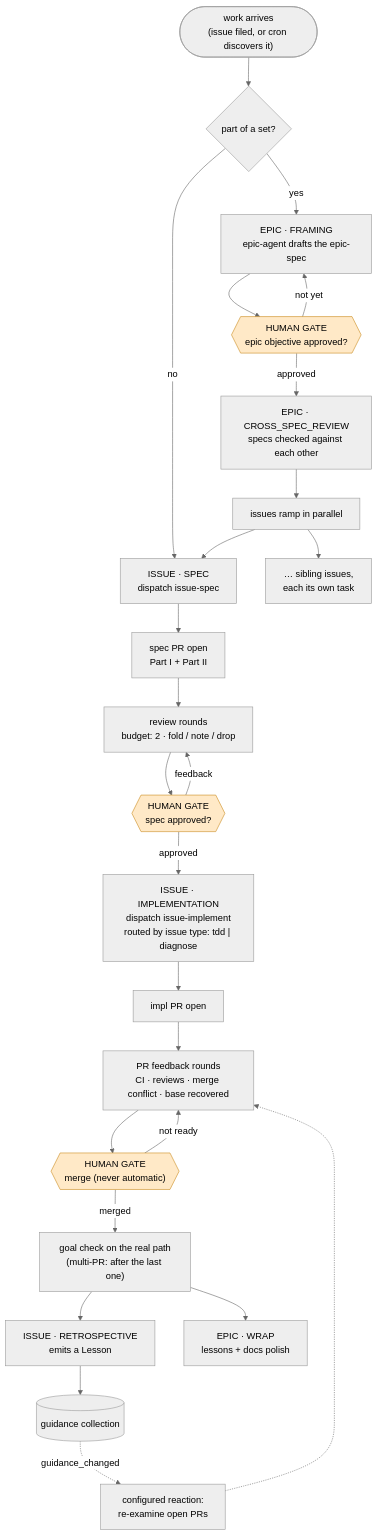
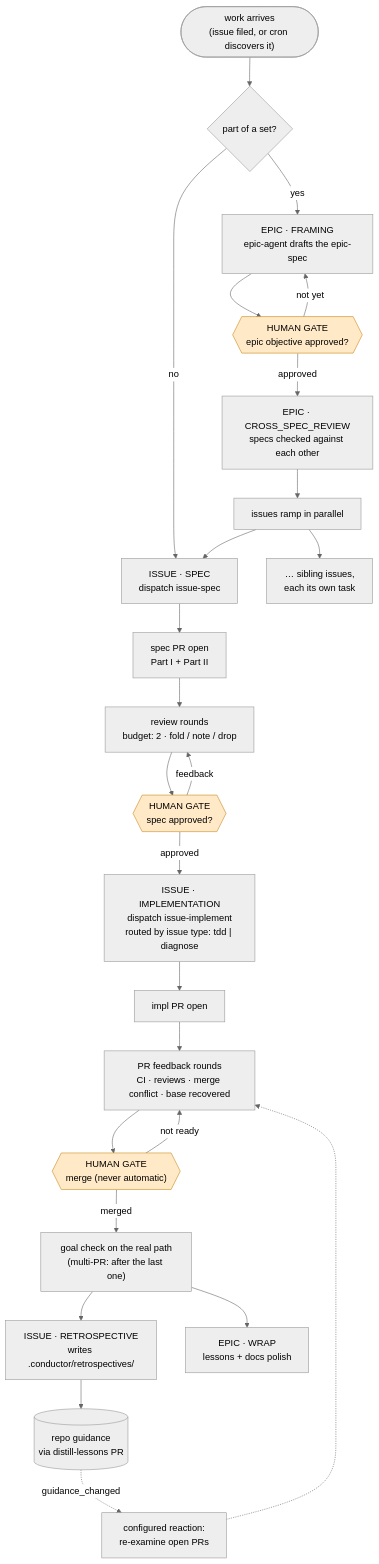
Before and after one commit to fixpoint-labs/flow-state-dev: the second of 3 diagrams in docs/internal/design/conductor.md, drawn with Mermaid (neutral theme). The commit also changed other lines of this file and 1 other file, not shown here.

First line of the commit message:
docs(internal): guidance belongs to the repo; dynamic and multi dispatchers

````diff
--- a/docs/internal/design/conductor.md
+++ b/docs/internal/design/conductor.md
@@ -530,31 +530,31 @@
 ```mermaid
 flowchart TD
   START(["work arrives<br/>(issue filed, or cron discovers it)"]) --> EPICQ{part of a set?}
   EPICQ -->|no| SPEC
   EPICQ -->|yes| FRAME["EPIC · FRAMING<br/>epic-agent drafts the epic-spec"]
   FRAME --> EGATE{{"HUMAN GATE<br/>epic objective approved?"}}
   EGATE -->|not yet| FRAME
   EGATE -->|approved| XSPEC["EPIC · CROSS_SPEC_REVIEW<br/>specs checked against each other"]
   XSPEC --> RAMP[issues ramp in parallel]
   RAMP --> SPEC
   RAMP --> SPEC2["… sibling issues,<br/>each its own task"]
 
   SPEC["ISSUE · SPEC<br/>dispatch issue-spec"] --> SPR["spec PR open<br/>Part I + Part II"]
   SPR --> SROUND["review rounds<br/>budget: 2 · fold / note / drop"]
   SROUND --> SGATE{{"HUMAN GATE<br/>spec approved?"}}
   SGATE -->|feedback| SROUND
   SGATE -->|approved| IMPL["ISSUE · IMPLEMENTATION<br/>dispatch issue-implement<br/>routed by issue type: tdd | diagnose"]
   IMPL --> IPR[impl PR open]
   IPR --> IROUND["PR feedback rounds<br/>CI · reviews · merge conflict · base recovered"]
   IROUND --> MGATE{{"HUMAN GATE<br/>merge (never automatic)"}}
   MGATE -->|not ready| IROUND
   MGATE -->|merged| GOAL["goal check on the real path<br/>(multi-PR: after the last one)"]
-  GOAL --> RETRO["ISSUE · RETROSPECTIVE<br/>emits a Lesson"]
-  RETRO --> GD[("guidance collection")]
+  GOAL --> RETRO["ISSUE · RETROSPECTIVE<br/>writes .conductor/retrospectives/"]
+  RETRO --> GD[("repo guidance<br/>via distill-lessons PR")]
   GD -.->|"guidance_changed"| REEX["configured reaction:<br/>re-examine open PRs"]
   REEX -.-> IROUND
   GOAL --> WRAP["EPIC · WRAP<br/>lessons + docs polish"]
 
   classDef gate fill:#ffe9c7,stroke:#c98a1b
   class EGATE,SGATE,MGATE gate
 ```
````
